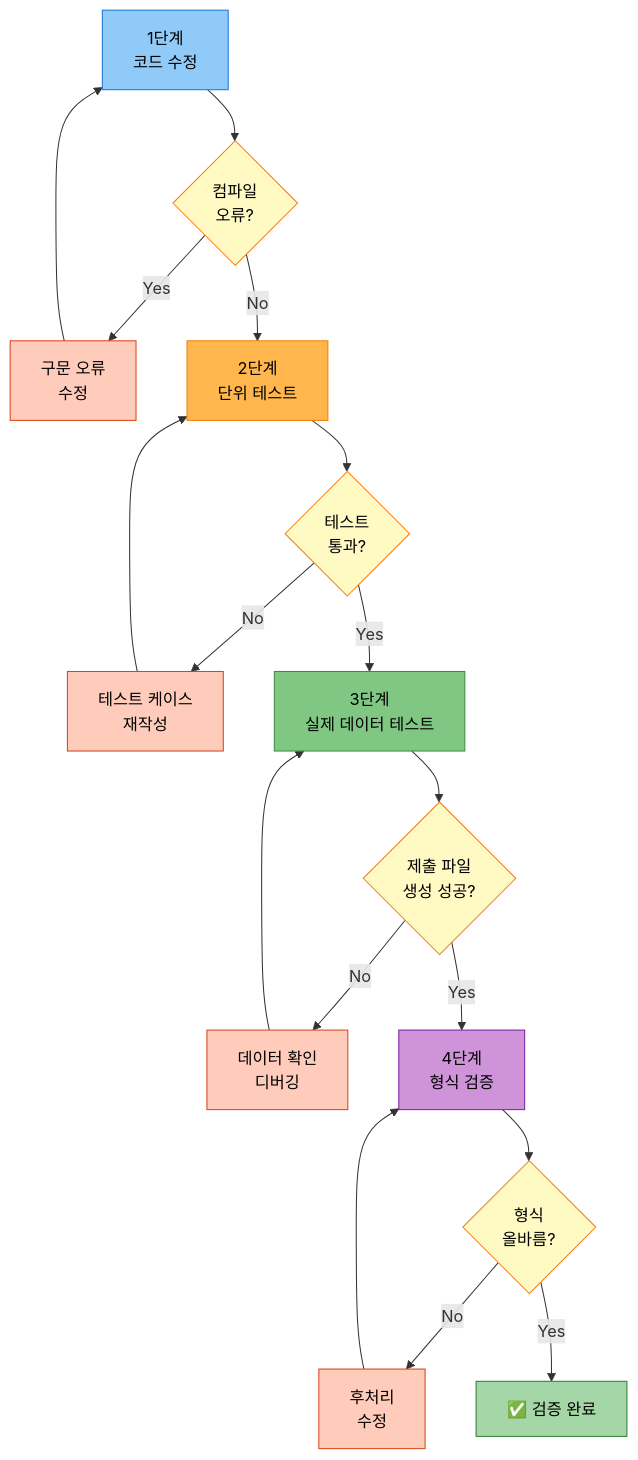
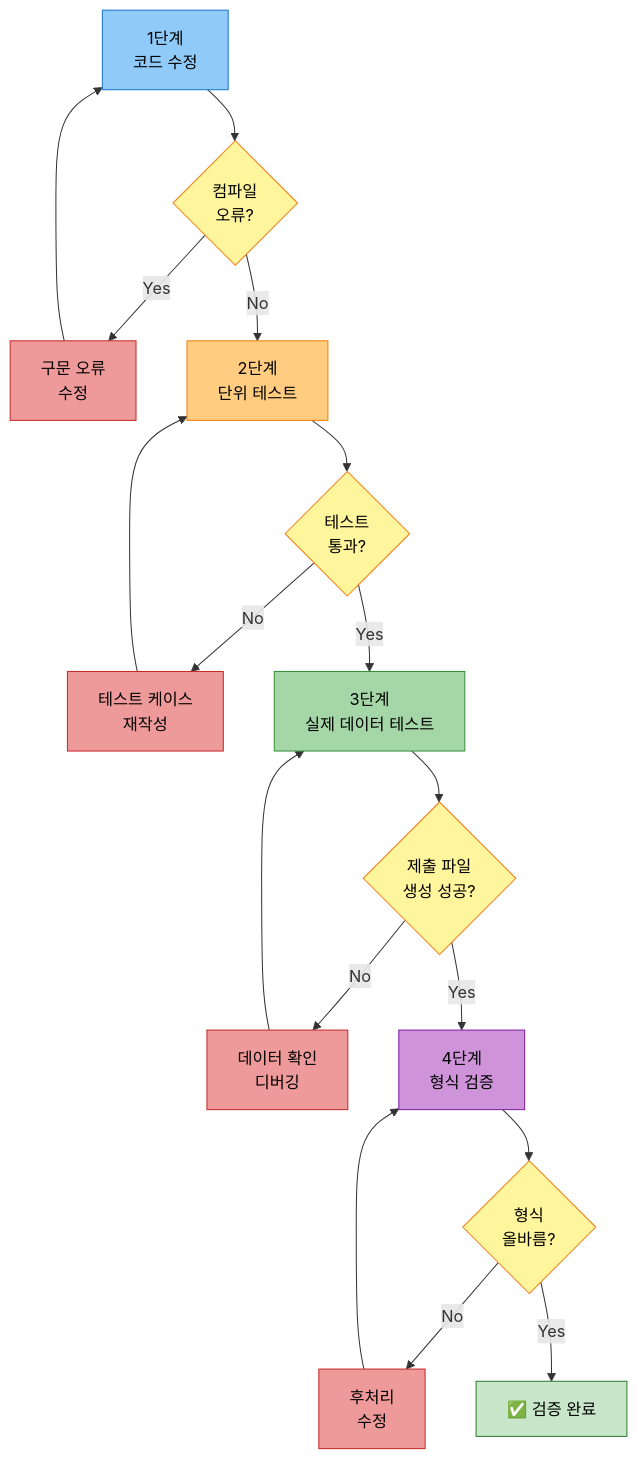
Diagram 15 of 15 in docs/experiments/20251013_111525_strategy1_kobart_optimized_실험분석.md (AIBootcamp14/naturallanguageprocessingcompetition-nlp-1), drawn with Mermaid before and after one commit. The commit also changed other lines of this file, not shown here.

First line of the commit message:
fix: mermaid 다이어그램 스타일 완전 수정

````diff
--- a/docs/experiments/20251013_111525_strategy1_kobart_optimized_실험분석.md
+++ b/docs/experiments/20251013_111525_strategy1_kobart_optimized_실험분석.md
@@ -1234,36 +1275,36 @@
 ```mermaid
 graph TB
     A[1단계<br/>코드 수정] --> B{컴파일<br/>오류?}
     B -->|Yes| A1[구문 오류<br/>수정]
     B -->|No| C[2단계<br/>단위 테스트]
     A1 --> A
 
     C --> D{테스트<br/>통과?}
     D -->|No| C1[테스트 케이스<br/>재작성]
     D -->|Yes| E[3단계<br/>실제 데이터 테스트]
     C1 --> C
 
     E --> F{제출 파일<br/>생성 성공?}
     F -->|No| E1[데이터 확인<br/>디버깅]
     F -->|Yes| G[4단계<br/>형식 검증]
     E1 --> E
 
     G --> H{형식<br/>올바름?}
     H -->|No| G1[후처리<br/>수정]
     H -->|Yes| I[✅ 검증 완료]
     G1 --> G
 
     style A fill:#90caf9,stroke:#1976d2,color:#000
-    style B fill:#fff9c4,stroke:#f57f17,color:#000
-    style C fill:#ffb74d,stroke:#f57c00,color:#000
-    style D fill:#fff9c4,stroke:#f57f17,color:#000
-    style E fill:#81c784,stroke:#388e3c,color:#000
-    style F fill:#fff9c4,stroke:#f57f17,color:#000
+    style B fill:#fff59d,stroke:#f57f17,color:#000
+    style C fill:#ffcc80,stroke:#f57c00,color:#000
+    style D fill:#fff59d,stroke:#f57f17,color:#000
+    style E fill:#a5d6a7,stroke:#388e3c,color:#000
+    style F fill:#fff59d,stroke:#f57f17,color:#000
     style G fill:#ce93d8,stroke:#7b1fa2,color:#000
-    style H fill:#fff9c4,stroke:#f57f17,color:#000
-    style I fill:#a5d6a7,stroke:#2e7d32,color:#000
-    style A1 fill:#ffccbc,stroke:#d84315,color:#000
-    style C1 fill:#ffccbc,stroke:#d84315,color:#000
-    style E1 fill:#ffccbc,stroke:#d84315,color:#000
-    style G1 fill:#ffccbc,stroke:#d84315,color:#000
+    style H fill:#fff59d,stroke:#f57f17,color:#000
+    style I fill:#c8e6c9,stroke:#2e7d32,color:#000
+    style A1 fill:#ef9a9a,stroke:#c62828,color:#000
+    style C1 fill:#ef9a9a,stroke:#c62828,color:#000
+    style E1 fill:#ef9a9a,stroke:#c62828,color:#000
+    style G1 fill:#ef9a9a,stroke:#c62828,color:#000
 ```
````
